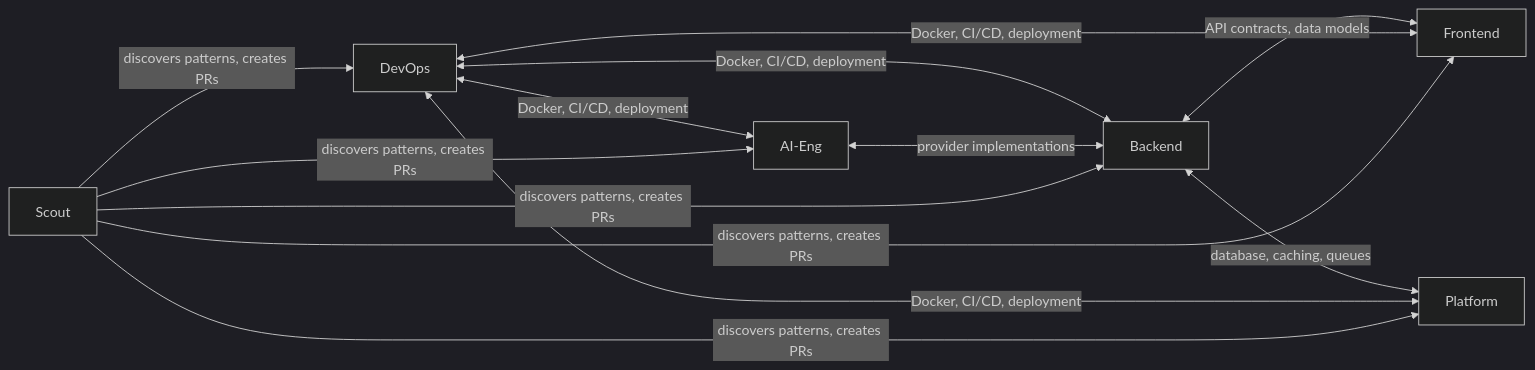
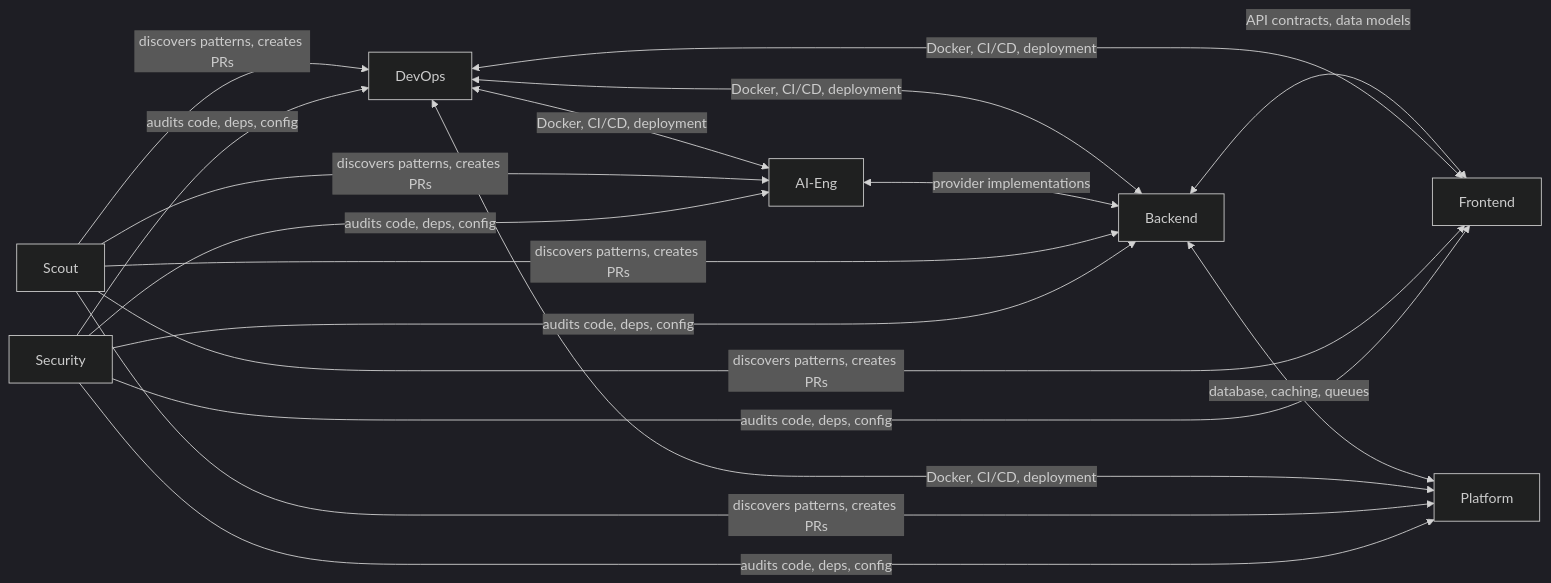
The sixth of 9 diagrams in docs/website/docs/architecture/agents.md (pjcau/agent-orchestrator), drawn with Mermaid (dark theme) before and after one commit. The commit also changed other lines of this file and 8 other files, not shown here.

````diff
--- a/docs/website/docs/architecture/agents.md
+++ b/docs/website/docs/architecture/agents.md
@@ -103,8 +107,9 @@
 ```mermaid
 graph LR
     BE["Backend"] <-->|"API contracts, data models"| FE["Frontend"]
     BE <-->|"database, caching, queues"| PE["Platform"]
     DO["DevOps"] <-->|"Docker, CI/CD, deployment"| BE & FE & PE & AI
     AI["AI-Eng"] <-->|"provider implementations"| BE
     SC["Scout"] -->|"discovers patterns, creates PRs"| BE & FE & DO & PE & AI
+    SA["Security"] -->|"audits code, deps, config"| BE & FE & DO & PE & AI
 ```
````
